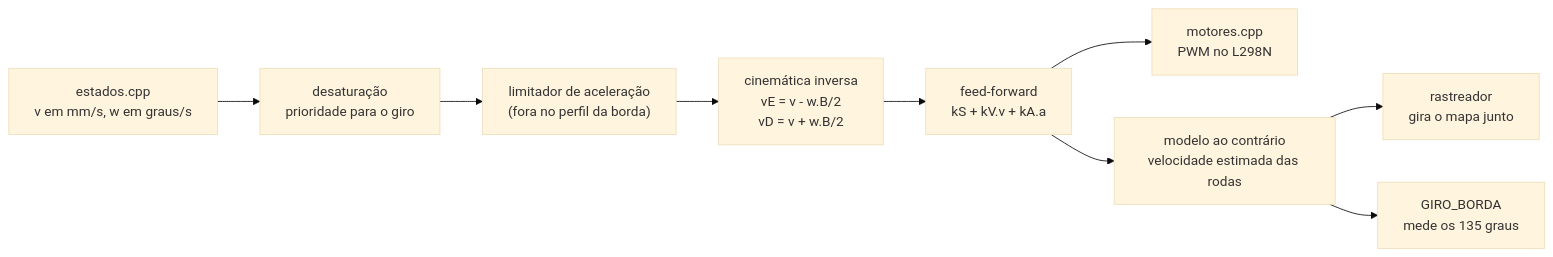
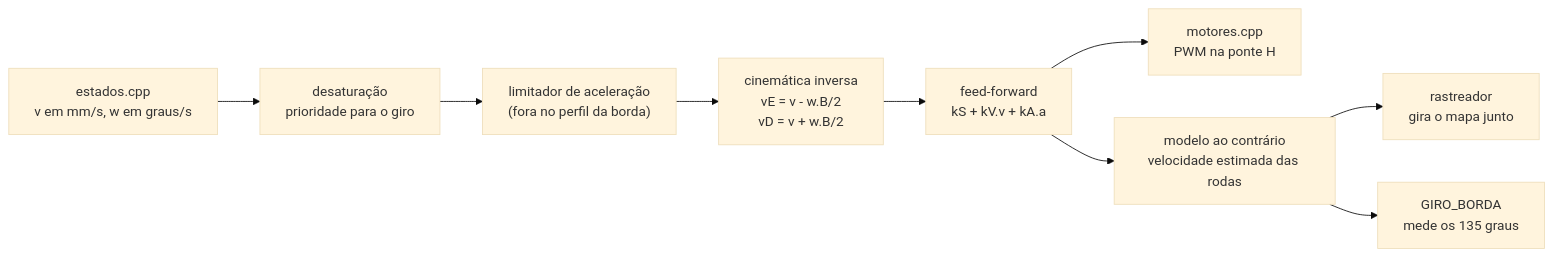
One commit to felcoslop/LAB_III_Grupo_D_UFMG_2026_2 changed the first of 3 diagrams in README.md. Above: the diagram before and after it, drawn with Mermaid (base theme). The commit also changed other lines of this file and 11 other files, not shown here.

First line of the commit message:
feat(motores): ponte H dupla de 10 A e comando pwm para conferir os fios

````diff
--- a/README.md
+++ b/README.md
@@ -119,11 +119,11 @@
 ```mermaid
 flowchart LR
     EST["estados.cpp<br/>v em mm/s, w em graus/s"] --> DES["desaturação<br/>prioridade para o giro"]
     DES --> LIM["limitador de aceleração<br/>(fora no perfil da borda)"]
     LIM --> CI["cinemática inversa<br/>vE = v - w.B/2<br/>vD = v + w.B/2"]
     CI --> FF["feed-forward<br/>kS + kV.v + kA.a"]
-    FF --> MOT["motores.cpp<br/>PWM no L298N"]
+    FF --> MOT["motores.cpp<br/>PWM na ponte H"]
     FF --> EST2["modelo ao contrário<br/>velocidade estimada das rodas"]
     EST2 --> RAS["rastreador<br/>gira o mapa junto"]
     EST2 --> GIR["GIRO_BORDA<br/>mede os 135 graus"]
 ```
````
